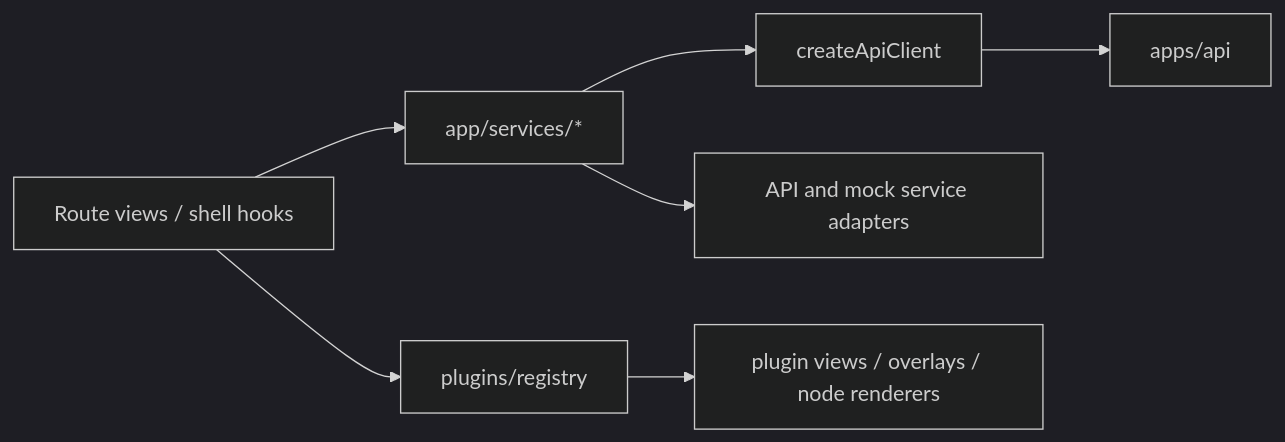
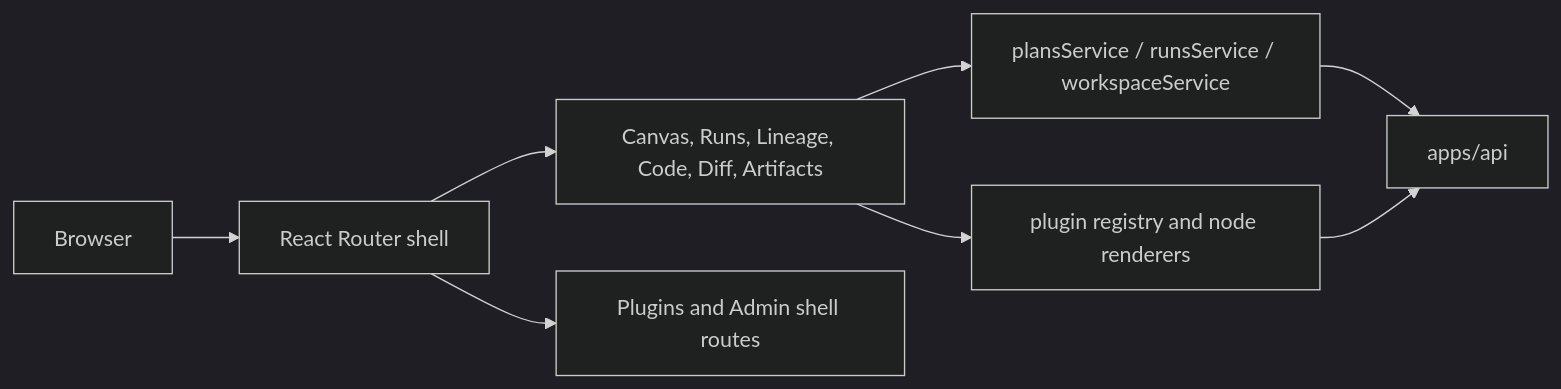
One commit to dunay2/dvt changed the diagram in docs/architecture/components/web/index.md. Above: the diagram before and after it, drawn with Mermaid (dark theme). The commit also changed other lines of this file and 32 other files, not shown here.

Commit message:
docs(docs): Align architecture docs to system and component views

````diff
--- a/docs/architecture/components/web/index.md
+++ b/docs/architecture/components/web/index.md
@@ -25,9 +43,10 @@
 ```mermaid
 flowchart LR
-  Views["Route views / shell hooks"] --> Services["app/services/*"]
-  Views --> Plugins["plugins/registry"]
-  Services --> ApiClient["createApiClient"]
-  Services --> Modes["API and mock service adapters"]
-  ApiClient --> Backend["apps/api"]
-  Plugins --> Contribs["plugin views / overlays / node renderers"]
+  Browser["Browser"] --> Router["React Router shell"]
+  Router --> Views["Canvas, Runs, Lineage, Code, Diff, Artifacts"]
+  Router --> Shell["Plugins and Admin shell routes"]
+  Views --> Services["plansService / runsService / workspaceService"]
+  Views --> Plugins["plugin registry and node renderers"]
+  Services --> Api["apps/api"]
+  Plugins --> Api
 ```
````
